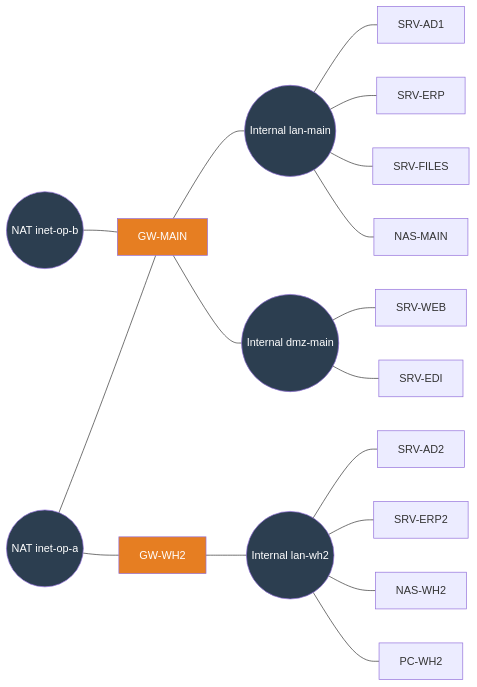
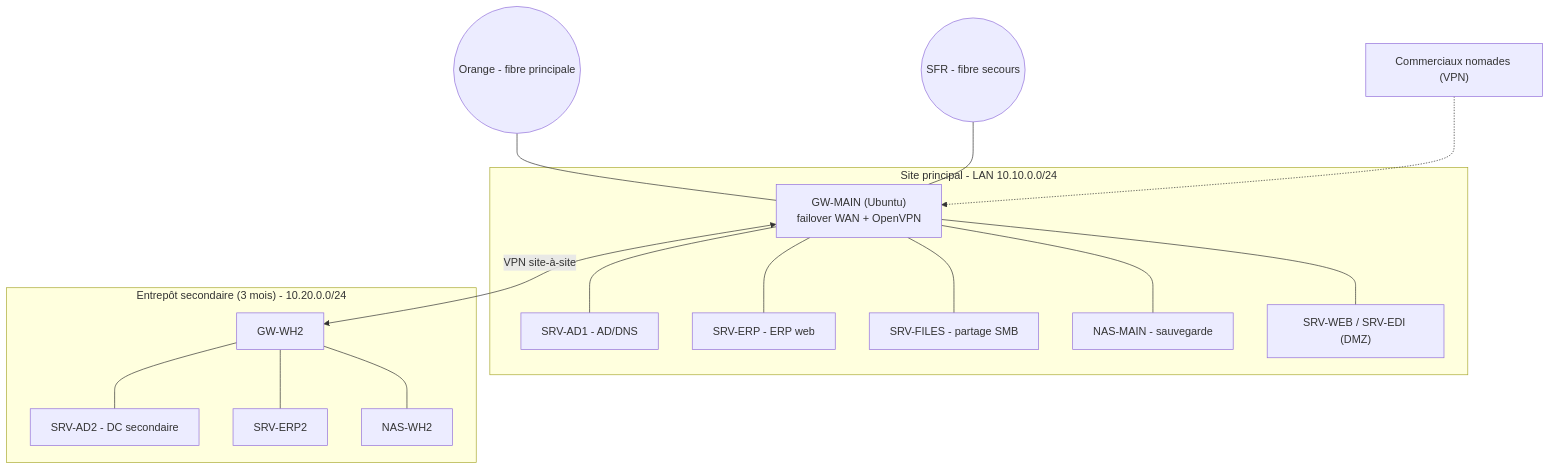
Before and after one commit to Orka16/Airsolid-Groupe-4: the diagram in README.md, drawn with Mermaid. The commit also changed other lines of this file, not shown here.

````diff
--- a/README.md
+++ b/README.md
@@ -282,24 +23,25 @@
 ```mermaid
-flowchart LR
-    OPA(("NAT inet-op-a")):::net
-    OPB(("NAT inet-op-b")):::net
-    GW["GW-MAIN"]:::gw
-    GW2["GW-WH2"]:::gw
-    OPA --- GW
-    OPB --- GW
-    OPA --- GW2
-
-    LANM(("Internal lan-main")):::net
-    DMZ(("Internal dmz-main")):::net
-    LANW(("Internal lan-wh2")):::net
-    GW --- LANM
-    GW --- DMZ
-    GW2 --- LANW
-
-    LANM --- AD1["SRV-AD1"] & ERP["SRV-ERP"] & FILES["SRV-FILES"] & NAS["NAS-MAIN"]
-    DMZ --- WEB["SRV-WEB"] & EDI["SRV-EDI"]
-    LANW --- AD2["SRV-AD2"] & ERP2["SRV-ERP2"] & NAS2["NAS-WH2"] & PC["PC-WH2"]
-
-    classDef gw fill:#e67e22,color:#fff;
-    classDef net fill:#2c3e50,color:#fff;
+flowchart TB
+    ORANGE(("Orange - fibre principale"))
+    SFR(("SFR - fibre secours"))
+    subgraph MAIN["Site principal - LAN 10.10.0.0/24"]
+        GW["GW-MAIN (Ubuntu)<br/>failover WAN + OpenVPN"]
+        AD["SRV-AD1 - AD/DNS"]
+        ERP["SRV-ERP - ERP web"]
+        FILES["SRV-FILES - partage SMB"]
+        NAS["NAS-MAIN - sauvegarde"]
+        WEB["SRV-WEB / SRV-EDI (DMZ)"]
+    end
+    subgraph WH2["Entrepôt secondaire (3 mois) - 10.20.0.0/24"]
+        GW2["GW-WH2"]
+        AD2["SRV-AD2 - DC secondaire"]
+        ERP2["SRV-ERP2"]
+        NAS2["NAS-WH2"]
+    end
+    ORANGE --- GW
+    SFR --- GW
+    GW --- AD & ERP & FILES & NAS & WEB
+    GW2 --- AD2 & ERP2 & NAS2
+    GW <-->|VPN site-à-site| GW2
+    NOM["Commerciaux nomades (VPN)"] -.-> GW
 ```
````
